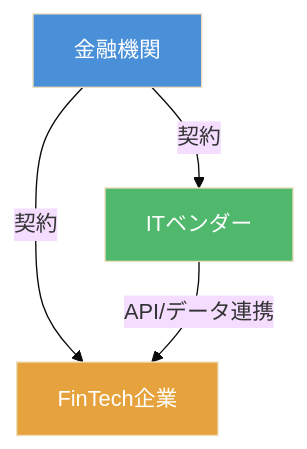
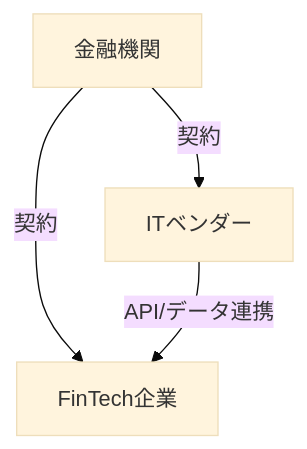
The fourth of 4 diagrams in _posts/2026-04-03-fisc-structure-guide.md (ktrysmt/ktrysmt.github.io), drawn with Mermaid (base theme) before and after one commit. The commit also changed other lines of this file and 3 other files, not shown here.

````diff
--- a/_posts/2026-04-03-fisc-structure-guide.md
+++ b/_posts/2026-04-03-fisc-structure-guide.md
@@ -269,10 +253,6 @@
 ```mermaid
 graph TD
     FI["金融機関"] -->|"契約"| IT["ITベンダー"]
     FI -->|"契約"| FT["FinTech企業"]
     IT -->|"API/データ連携"| FT
-
-    style FI fill:#4a90d9,color:#fff
-    style IT fill:#50b86c,color:#fff
-    style FT fill:#e6a23c,color:#fff
 ```
````
